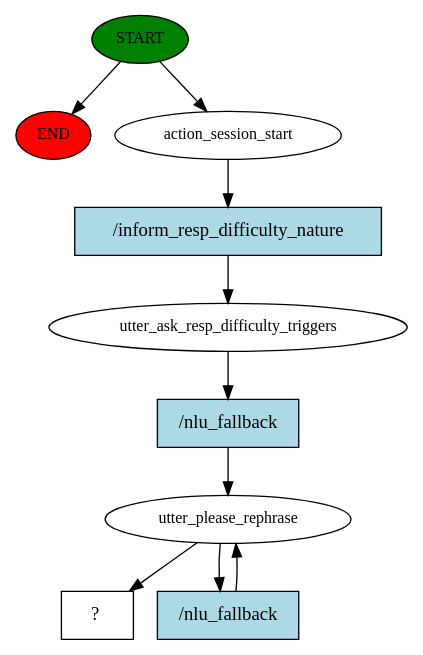
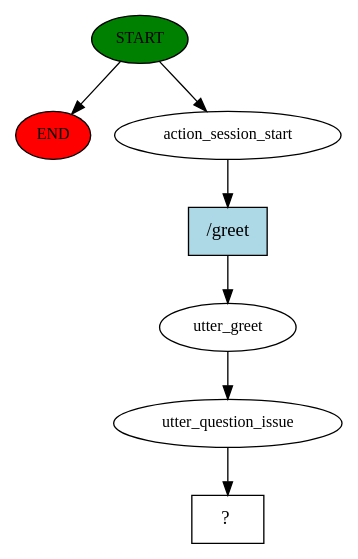
Before and after one commit to halixness/HMD-Dispatcher: the diagram in story_graph.dot, drawn with Graphviz. The commit also changed 5 other files, not shown here.

```diff
--- a/story_graph.dot
+++ b/story_graph.dot
@@ -1,20 +1,15 @@
 digraph  {
 0 [class="start active", fillcolor=green, fontsize=12, label=START, style=filled];
 "-1" [class=end, fillcolor=red, fontsize=12, label=END, style=filled];
 1 [class=active, fontsize=12, label=action_session_start];
-2 [class=active, fontsize=12, label=utter_ask_resp_difficulty_triggers];
-3 [class=active, fontsize=12, label=utter_please_rephrase];
-5 [class="intent dashed active", label="  ?  ", shape=rect];
-6 [class="intent active", fillcolor=lightblue, label="/inform_resp_difficulty_nature", shape=rect, style=filled];
-7 [class="intent active", fillcolor=lightblue, label="/nlu_fallback", shape=rect, style=filled];
-8 [class="intent active", fillcolor=lightblue, label="/nlu_fallback", shape=rect, style=filled];
+2 [class=active, fontsize=12, label=utter_greet];
+3 [class=active, fontsize=12, label=utter_question_issue];
+4 [class="intent dashed active", label="  ?  ", shape=rect];
+5 [class="intent active", fillcolor=lightblue, label="/greet", shape=rect, style=filled];
 0 -> "-1"  [class="", key=NONE, label=""];
 0 -> 1  [class=active, key=NONE, label=""];
-1 -> 6  [class=active, key=0];
-2 -> 7  [class=active, key=0];
-3 -> 5  [class=active, key=NONE, label=""];
-3 -> 8  [class=active, key=0];
-6 -> 2  [class=active, key=0];
-7 -> 3  [class=active, key=0];
-8 -> 3  [class=active, key=0];
+1 -> 5  [class=active, key=0];
+2 -> 3  [class=active, key=NONE, label=""];
+3 -> 4  [class=active, key=NONE, label=""];
+5 -> 2  [class=active, key=0];
 }
```
